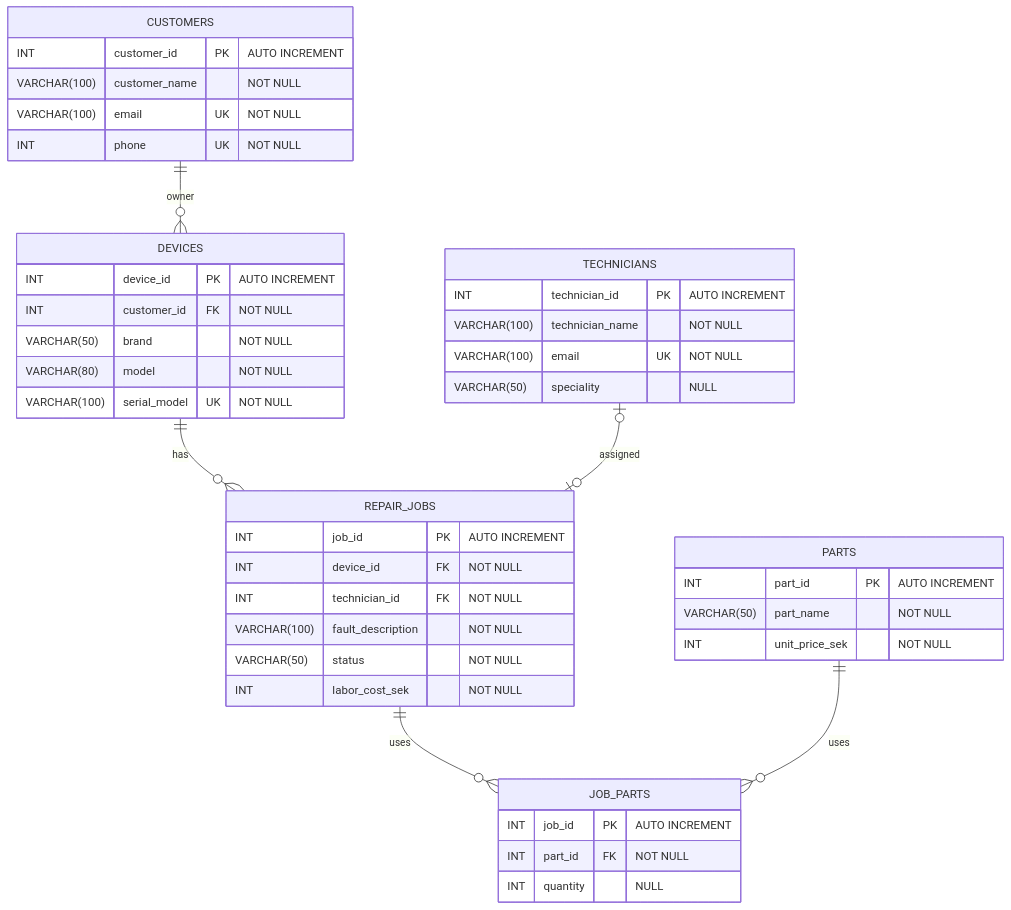
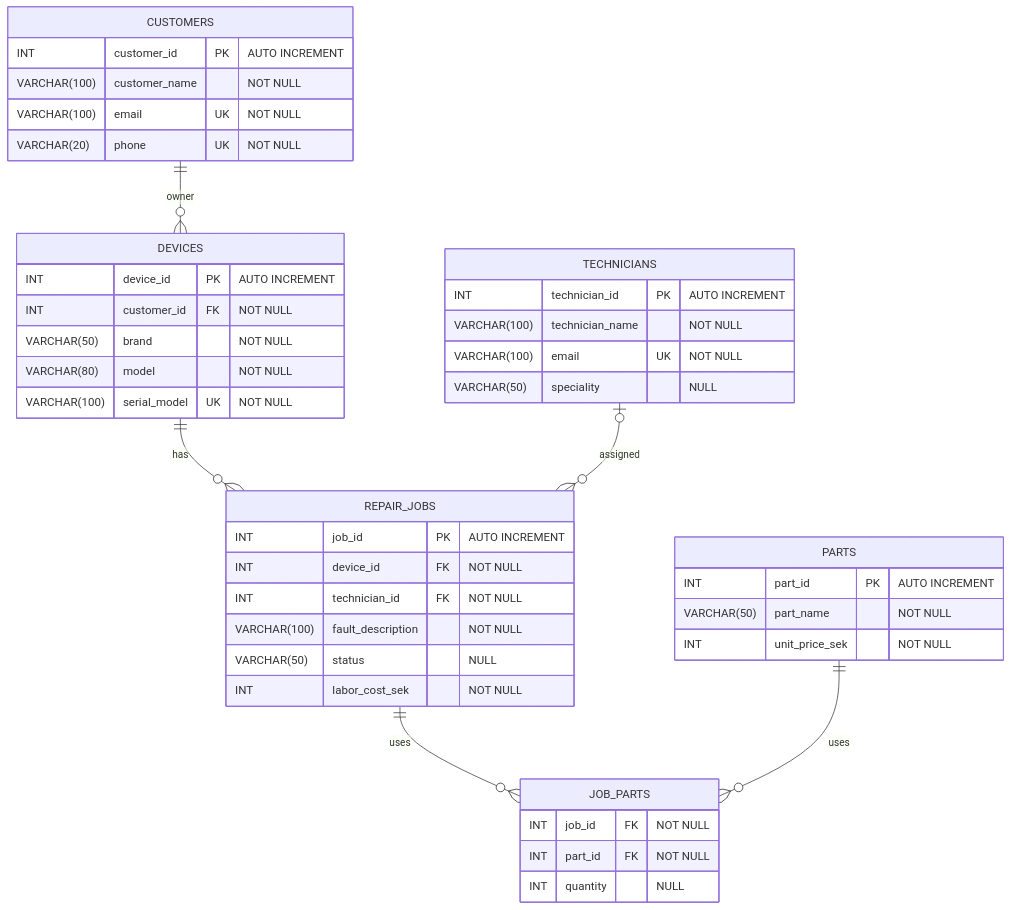
The diagram in er_diagram.md (Shyz99/SchoolDisaGrit), drawn with Mermaid before and after one commit. The commit also changed other lines of this file and 4 other files, not shown here.

````diff
--- a/er_diagram.md
+++ b/er_diagram.md
@@ -24,55 +31,55 @@
 ```mermaid
 erDiagram
 
 CUSTOMERS ||--o{ DEVICES : owner
 DEVICES ||--o{ REPAIR_JOBS : has
-TECHNICIANS o|--o| REPAIR_JOBS : assigned
+TECHNICIANS o|--o{ REPAIR_JOBS : assigned
 REPAIR_JOBS ||--o{ JOB_PARTS : uses
 PARTS ||--o{ JOB_PARTS : uses
 
 
 CUSTOMERS {
     INT customer_id PK "AUTO INCREMENT"
     VARCHAR(100) customer_name "NOT NULL"
     VARCHAR(100) email UK "NOT NULL"
-    INT phone UK "NOT NULL"
+    VARCHAR(20) phone UK "NOT NULL"
 }
 
 DEVICES {
     INT device_id PK "AUTO INCREMENT"
     INT customer_id FK "NOT NULL"
     VARCHAR(50) brand "NOT NULL"
     VARCHAR(80) model "NOT NULL"
     VARCHAR(100) serial_model UK "NOT NULL"
 }
 
 JOB_PARTS {
-    INT job_id PK "AUTO INCREMENT"
+    INT job_id FK "NOT NULL"
     INT part_id FK "NOT NULL"
     INT quantity "NULL"
 }
 
 PARTS {
     INT part_id PK "AUTO INCREMENT"
     VARCHAR(50) part_name "NOT NULL"
     INT unit_price_sek "NOT NULL"
 }
 
 
 REPAIR_JOBS {
     INT job_id PK "AUTO INCREMENT"
     INT device_id FK "NOT NULL"
     INT technician_id FK "NOT NULL"
     VARCHAR(100) fault_description "NOT NULL"
-    VARCHAR(50) status "NOT NULL"
+    VARCHAR(50) status "NULL"
     INT labor_cost_sek "NOT NULL"
 }
 
 TECHNICIANS {
     INT technician_id PK "AUTO INCREMENT"
     VARCHAR(100) technician_name "NOT NULL"
     VARCHAR(100) email UK "NOT NULL"
     VARCHAR(50) speciality "NULL"
 }
 
 ```
````
